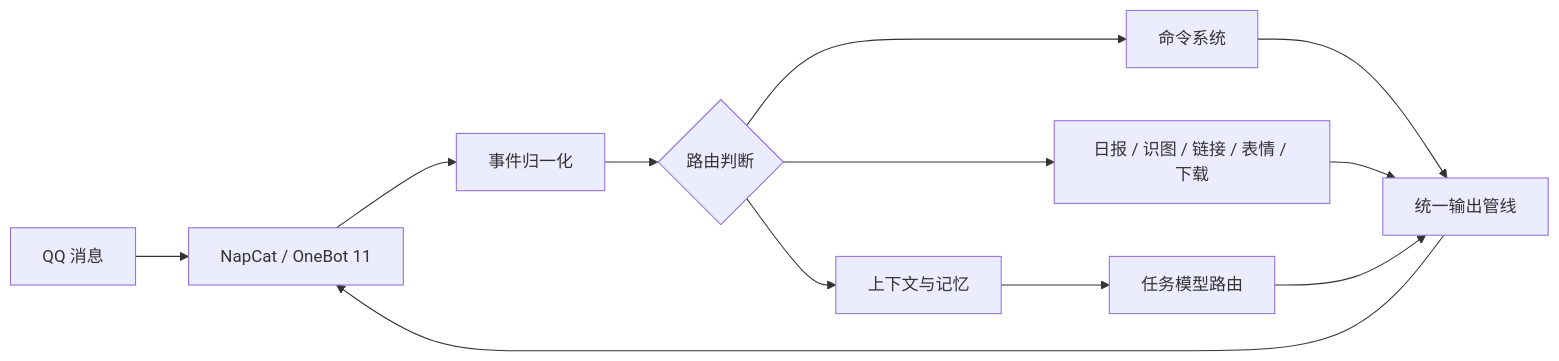
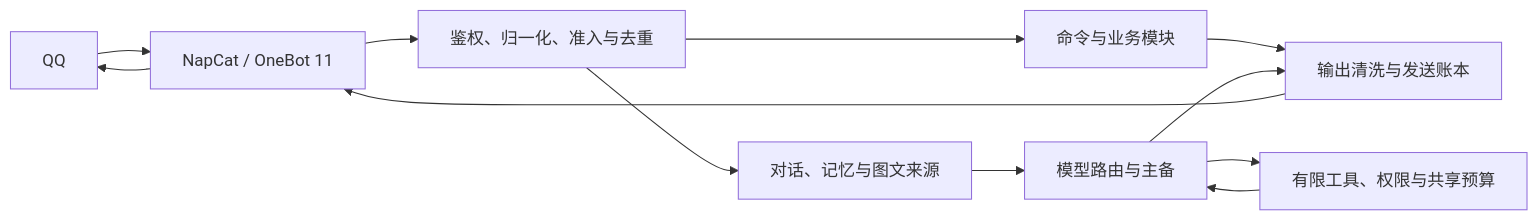
The diagram in README.md (awaa4962-coder/qqbot-core), drawn with Mermaid before and after one commit. The commit also changed other lines of this file, not shown here.

````diff
--- a/README.md
+++ b/README.md
@@ -34,14 +148,14 @@
 ```mermaid
 flowchart LR
-    QQ["QQ 消息"] --> NC["NapCat / OneBot 11"]
-    NC --> IN["事件归一化"]
-    IN --> RT{"路由判断"}
-    RT --> CMD["命令系统"]
-    RT --> CTX["上下文与记忆"]
-    RT --> MOD["日报 / 识图 / 链接 / 表情 / 下载"]
-    CTX --> LLM["任务模型路由"]
-    CMD --> OUT["统一输出管线"]
-    MOD --> OUT
+    QQ["QQ"] --> NC["NapCat / OneBot 11"]
+    NC --> IN["鉴权、归一化、准入与去重"]
+    IN --> CMD["命令与业务模块"]
+    IN --> CTX["对话、记忆与图文来源"]
+    CTX --> LLM["模型路由与主备"]
+    LLM --> TOOLS["有限工具、权限与共享预算"]
+    TOOLS --> LLM
+    CMD --> OUT["输出清洗与发送账本"]
     LLM --> OUT
     OUT --> NC
+    NC --> QQ
 ```
````
